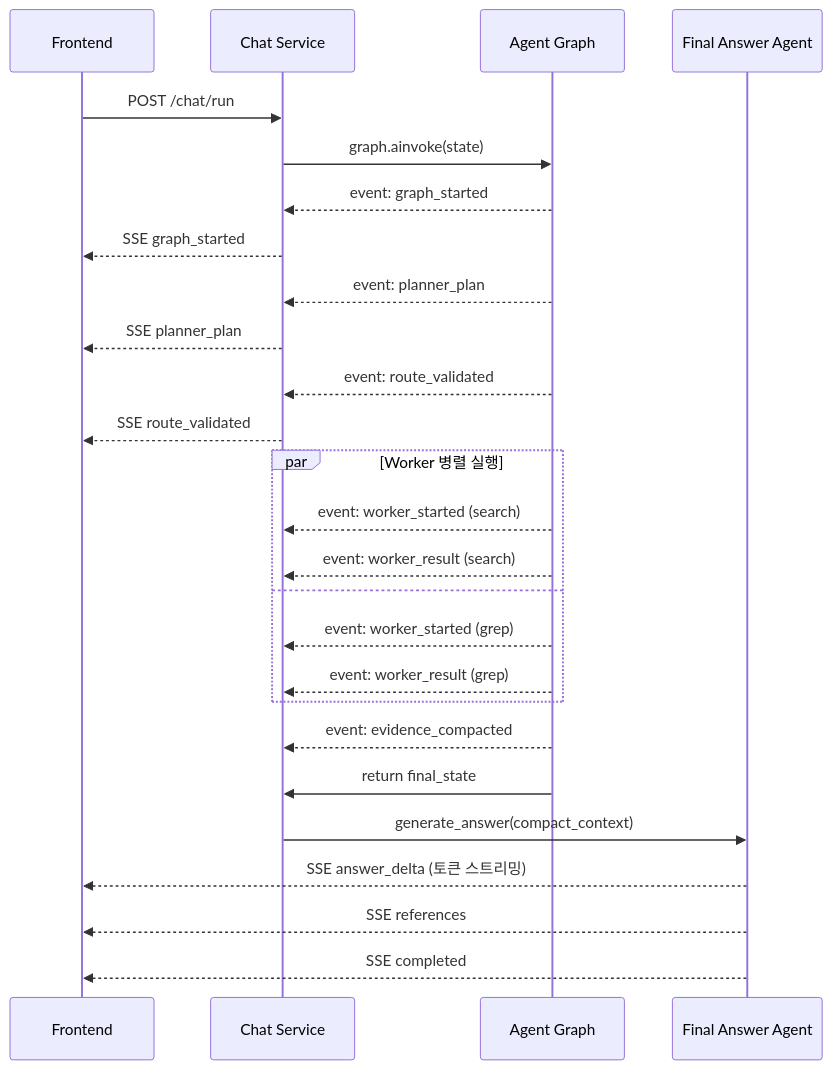
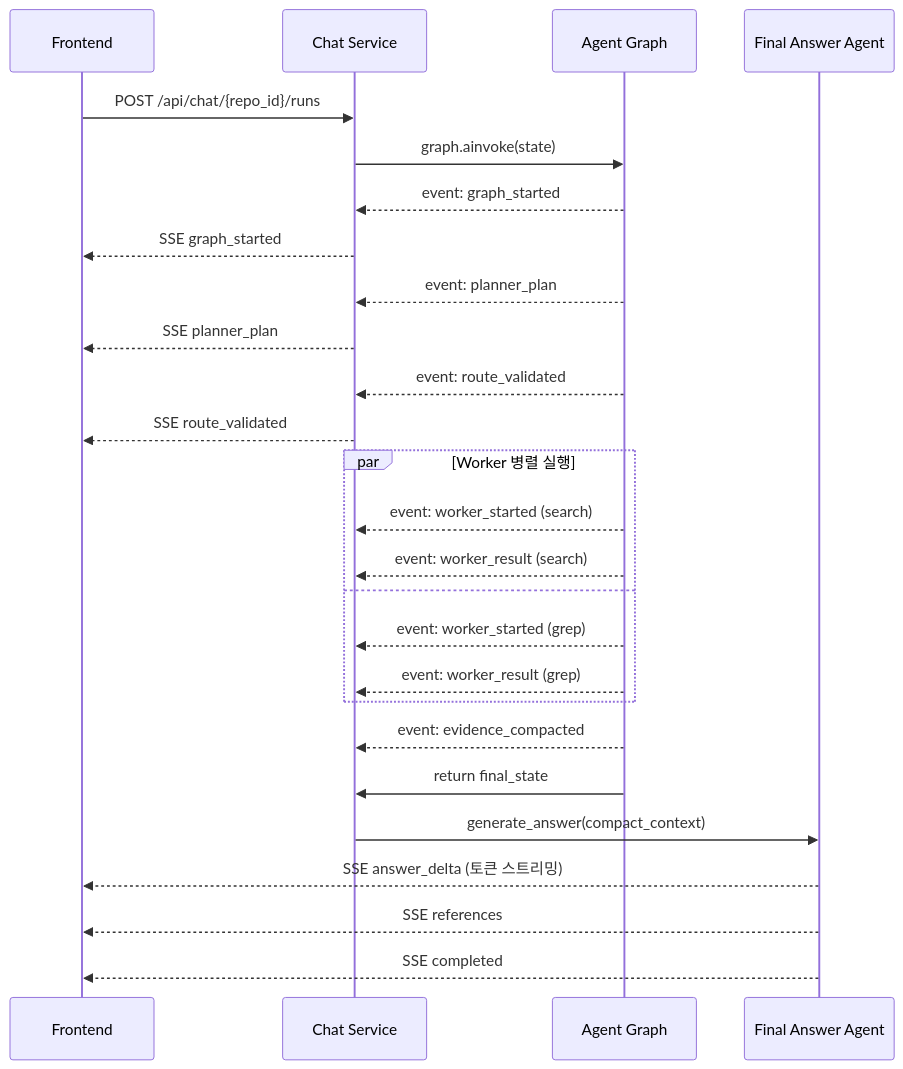
The second of 2 diagrams in docs/02_Architecture/AGENT_GRAPH_FLOW.md (kosa-bistelligence-2026-mini2-04/CodeMap), drawn with Mermaid before and after one commit.

Commit message:
fix(docs): AGENT_GRAPH_FLOW SSE 시퀀스 다이어그램 엔드포인트 경로 수정

````diff
--- a/docs/02_Architecture/AGENT_GRAPH_FLOW.md
+++ b/docs/02_Architecture/AGENT_GRAPH_FLOW.md
@@ -85,35 +85,35 @@
 ```mermaid
 sequenceDiagram
     participant FE as Frontend
     participant SVC as Chat Service
     participant G as Agent Graph
     participant FA as Final Answer Agent
 
-    FE->>SVC: POST /chat/run
+    FE->>SVC: POST /api/chat/{repo_id}/runs
     SVC->>G: graph.ainvoke(state)
 
     G-->>SVC: event: graph_started
     SVC-->>FE: SSE graph_started
 
     G-->>SVC: event: planner_plan
     SVC-->>FE: SSE planner_plan
 
     G-->>SVC: event: route_validated
     SVC-->>FE: SSE route_validated
 
     par Worker 병렬 실행
         G-->>SVC: event: worker_started (search)
         G-->>SVC: event: worker_result (search)
     and
         G-->>SVC: event: worker_started (grep)
         G-->>SVC: event: worker_result (grep)
     end
 
     G-->>SVC: event: evidence_compacted
     G->>SVC: return final_state
 
     SVC->>FA: generate_answer(compact_context)
     FA-->>FE: SSE answer_delta (토큰 스트리밍)
     FA-->>FE: SSE references
     FA-->>FE: SSE completed
 ```
````
